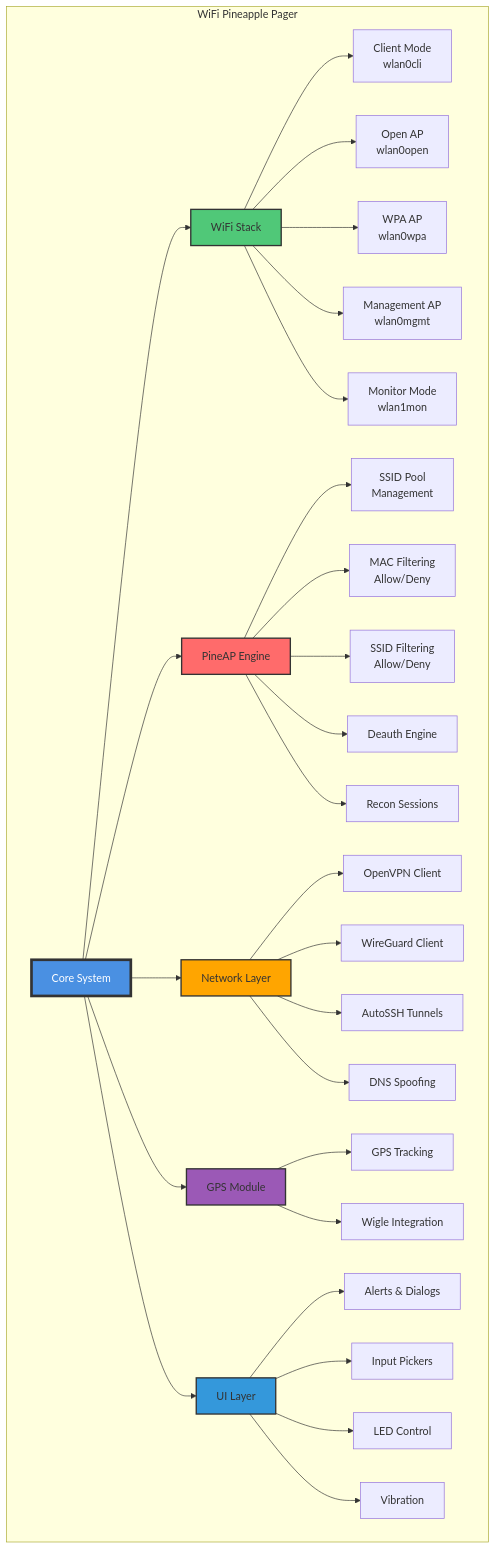
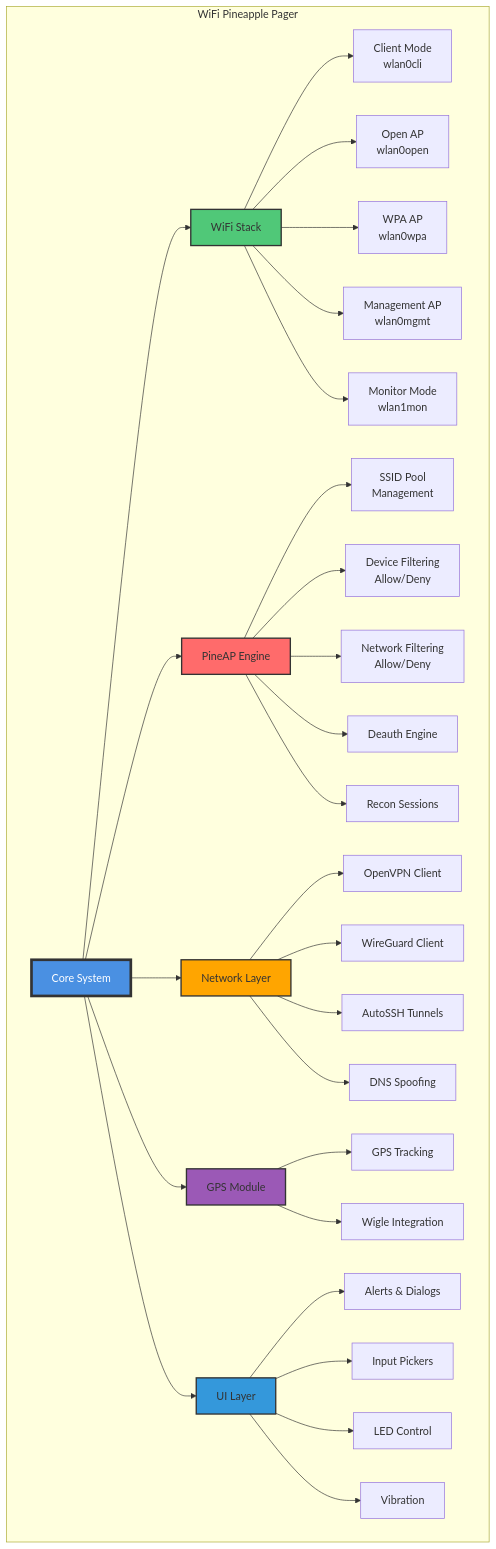
The first of 4 diagrams in README.md (TheCyberJest0r/Wifi-Pineapple-Pager-Payloads-Cheat-sheet), drawn with Mermaid before and after one commit.

````diff
--- a/README.md
+++ b/README.md
@@ -119,42 +119,42 @@
 ```mermaid
 graph TB
     subgraph "WiFi Pineapple Pager"
         A[Core System] --> B[WiFi Stack]
         A --> C[PineAP Engine]
         A --> D[Network Layer]
         A --> E[GPS Module]
         A --> F[UI Layer]
         
         B --> B1[Client Mode<br/>wlan0cli]
         B --> B2[Open AP<br/>wlan0open]
         B --> B3[WPA AP<br/>wlan0wpa]
         B --> B4[Management AP<br/>wlan0mgmt]
         B --> B5[Monitor Mode<br/>wlan1mon]
         
         C --> C1[SSID Pool<br/>Management]
-        C --> C2[MAC Filtering<br/>Allow/Deny]
-        C --> C3[SSID Filtering<br/>Allow/Deny]
+        C --> C2[Device Filtering<br/>Allow/Deny]
+        C --> C3[Network Filtering<br/>Allow/Deny]
         C --> C4[Deauth Engine]
         C --> C5[Recon Sessions]
         
         D --> D1[OpenVPN Client]
         D --> D2[WireGuard Client]
         D --> D3[AutoSSH Tunnels]
         D --> D4[DNS Spoofing]
         
         E --> E1[GPS Tracking]
         E --> E2[Wigle Integration]
         
         F --> F1[Alerts & Dialogs]
         F --> F2[Input Pickers]
         F --> F3[LED Control]
         F --> F4[Vibration]
     end
     
     style A fill:#4a90e2,stroke:#333,stroke-width:4px,color:#fff
     style B fill:#50c878,stroke:#333,stroke-width:2px
     style C fill:#ff6b6b,stroke:#333,stroke-width:2px
     style D fill:#ffa500,stroke:#333,stroke-width:2px
     style E fill:#9b59b6,stroke:#333,stroke-width:2px
     style F fill:#3498db,stroke:#333,stroke-width:2px
 ```
````
